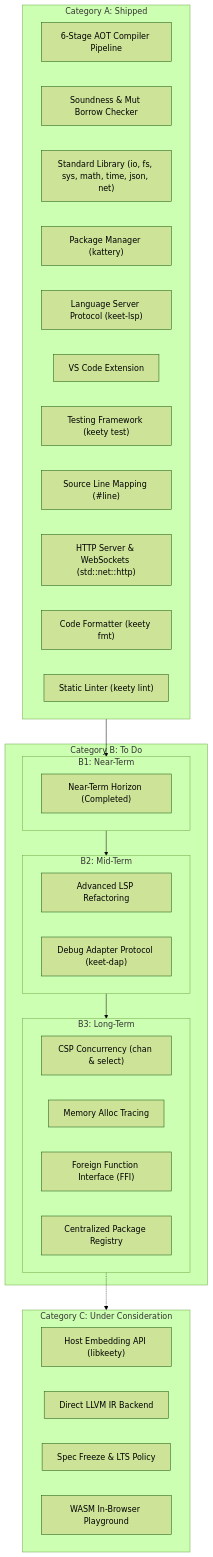
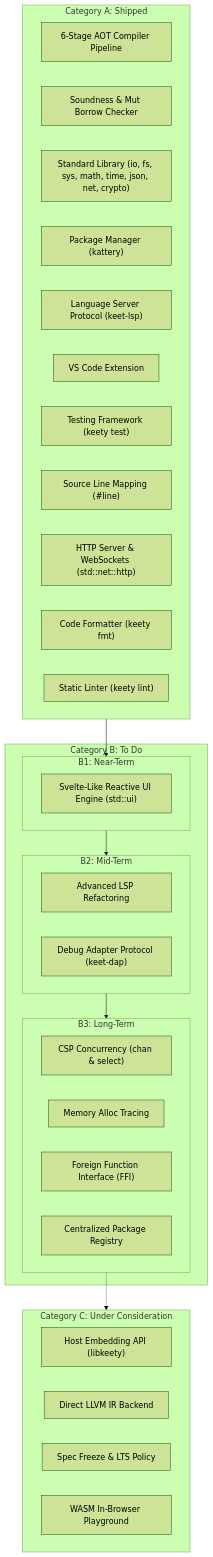
One commit to paweljjar/keety changed the diagram in ROADMAP.md. Above: the diagram before and after it, drawn with Mermaid (forest theme). The commit also changed other lines of this file, not shown here.

Commit message:
docs: update ROADMAP with shipped formatter/linter and upcoming UI engine

````diff
--- a/ROADMAP.md
+++ b/ROADMAP.md
@@ -17,41 +17,41 @@
 ```mermaid
 flowchart TD
     subgraph A["Category A: Shipped"]
         A1["6-Stage AOT Compiler Pipeline"]
         A2["Soundness & Mut Borrow Checker"]
-        A3["Standard Library (io, fs, sys, math, time, json, net)"]
+        A3["Standard Library (io, fs, sys, math, time, json, net, crypto)"]
         A4["Package Manager (kattery)"]
         A5["Language Server Protocol (keet-lsp)"]
         A6["VS Code Extension"]
         A7["Testing Framework (keety test)"]
         A8["Source Line Mapping (#line)"]
         A9["HTTP Server & WebSockets (std::net::http)"]
         A10["Code Formatter (keety fmt)"]
         A11["Static Linter (keety lint)"]
     end
 
     subgraph B["Category B: To Do"]
         subgraph B1["B1: Near-Term"]
-            B1_1["Near-Term Horizon (Completed)"]
+            B1_1["Svelte-Like Reactive UI Engine (std::ui)"]
         end
         subgraph B2["B2: Mid-Term"]
             B2_1["Advanced LSP Refactoring"]
             B2_2["Debug Adapter Protocol (keet-dap)"]
         end
         subgraph B3["B3: Long-Term"]
             B3_1["CSP Concurrency (chan & select)"]
             B3_2["Memory Alloc Tracing"]
             B3_3["Foreign Function Interface (FFI)"]
             B3_4["Centralized Package Registry"]
         end
     end
 
     subgraph C["Category C: Under Consideration"]
         C1["Host Embedding API (libkeety)"]
         C2["Direct LLVM IR Backend"]
         C3["Spec Freeze & LTS Policy"]
         C4["WASM In-Browser Playground"]
     end
 
     A --> B1 --> B2 --> B3 -.-> C
 ```
````
